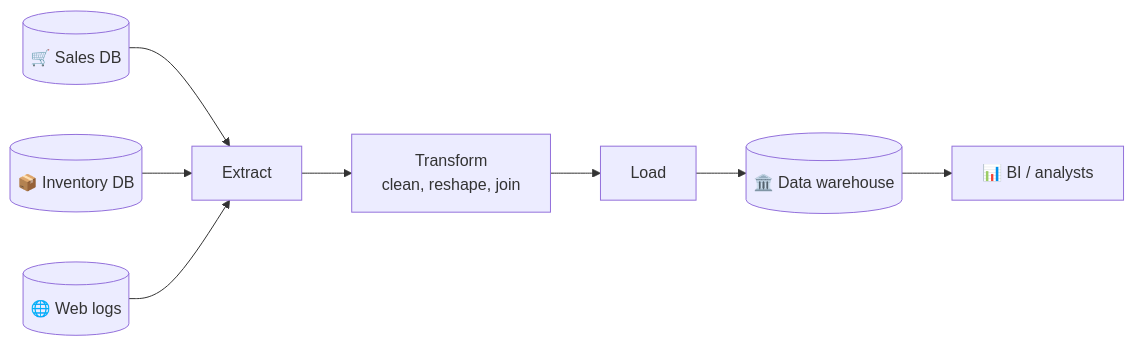
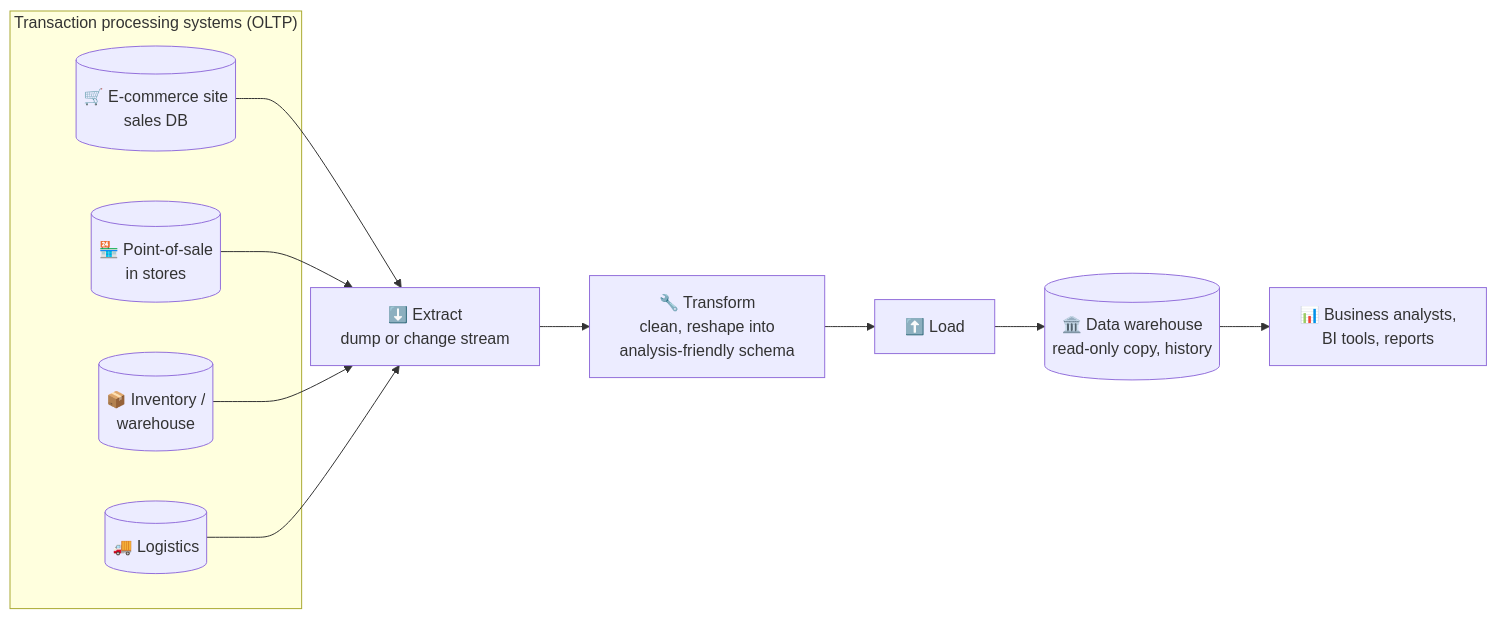
Before and after one commit to pratikguru998/ddia-book: diagram 14 of 20 in docs/chapters/part-1/03-storage-retrieval.mdx, drawn with Mermaid. The commit also changed other lines of this file and 13 other files, not shown here.

Commit message:
Expand all 12 chapters: every book subsection, deeper notes, ~320 diagrams

````diff
--- a/docs/chapters/part-1/03-storage-retrieval.mdx
+++ b/docs/chapters/part-1/03-storage-retrieval.mdx
@@ -182,10 +519,14 @@
 ```mermaid
 flowchart LR
-  S1[("🛒 Sales DB")] --> E["Extract"]
-  S2[("📦 Inventory DB")] --> E
-  S3[("🌐 Web logs")] --> E
-  E --> T["Transform<br/>clean, reshape, join"]
-  T --> L["Load"]
-  L --> DW[("🏛️ Data warehouse")]
-  DW --> BI["📊 BI / analysts"]
+  subgraph OLTP["Transaction processing systems (OLTP)"]
+    S1[("🛒 E-commerce site<br/>sales DB")]
+    S2[("🏪 Point-of-sale<br/>in stores")]
+    S3[("📦 Inventory /<br/>warehouse")]
+    S4[("🚚 Logistics")]
+  end
+  S1 & S2 & S3 & S4 --> E["⬇️ Extract<br/>dump or change stream"]
+  E --> T["🔧 Transform<br/>clean, reshape into<br/>analysis-friendly schema"]
+  T --> L["⬆️ Load"]
+  L --> DW[("🏛️ Data warehouse<br/>read-only copy, history")]
+  DW --> BI["📊 Business analysts,<br/>BI tools, reports"]
 ```
````
